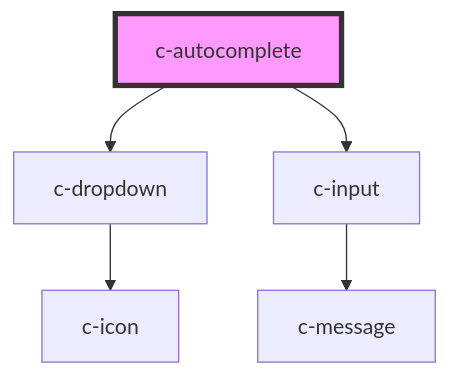
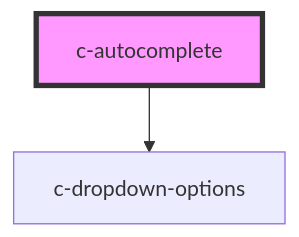
The diagram in packages/csc-ui/src/components/c-autocomplete/readme.md (CSCfi/ui), drawn with Mermaid before and after one commit. The commit also changed other lines of this file and 108 other files, not shown here.

````diff
--- a/packages/csc-ui/src/components/c-autocomplete/readme.md
+++ b/packages/csc-ui/src/components/c-autocomplete/readme.md
@@ -126,8 +121,5 @@
 ```mermaid
 graph TD;
-  c-autocomplete --> c-dropdown
-  c-autocomplete --> c-input
-  c-dropdown --> c-icon
-  c-input --> c-message
+  c-autocomplete --> c-dropdown-options
   style c-autocomplete fill:#f9f,stroke:#333,stroke-width:4px
 ```
````
